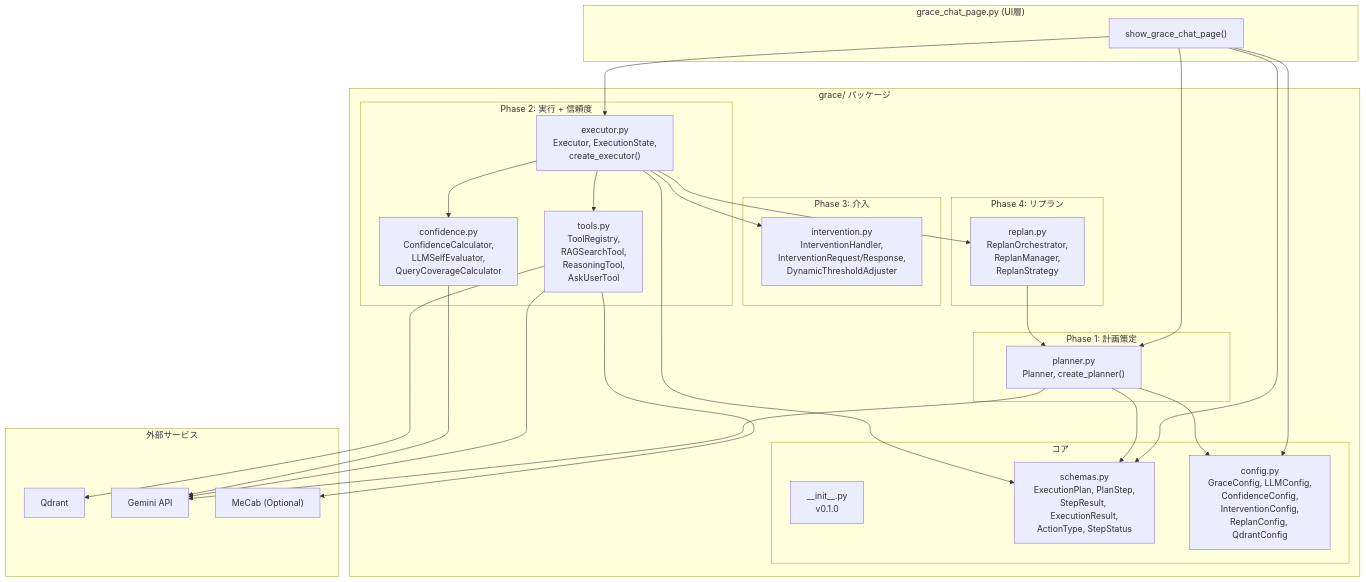
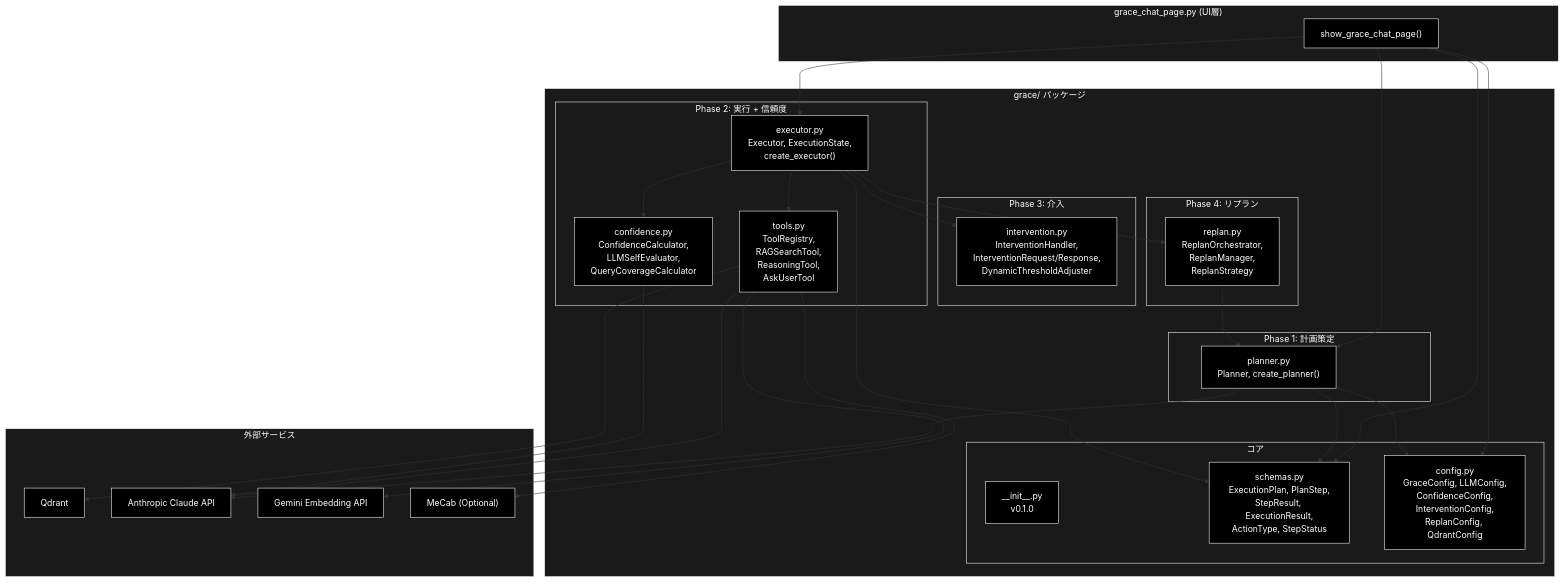
The ninth of 13 diagrams in README.md (nakashima2toshio/anthropic_grace_agent_v2), drawn with Mermaid before and after one commit. The commit also changed other lines of this file and 18 other files, not shown here.

First line of the commit message:
docs: 最新化・再構築（Anthropic Claude統一・索引整理・Mermaid準拠）

````diff
--- a/README.md
+++ b/README.md
@@ -1047,60 +1097,73 @@
 ```mermaid
 flowchart TB
     subgraph UI["grace_chat_page.py (UI層)"]
         Page["show_grace_chat_page()"]
     end
 
     subgraph GracePackage["grace/ パッケージ"]
         subgraph Core["コア"]
             Init["__init__.py<br/>v0.1.0"]
             Schemas["schemas.py<br/>ExecutionPlan, PlanStep,<br/>StepResult, ExecutionResult,<br/>ActionType, StepStatus"]
             Config["config.py<br/>GraceConfig, LLMConfig,<br/>ConfidenceConfig,<br/>InterventionConfig,<br/>ReplanConfig, QdrantConfig"]
         end
 
         subgraph Phase1["Phase 1: 計画策定"]
             PlannerMod["planner.py<br/>Planner, create_planner()"]
         end
 
         subgraph Phase2["Phase 2: 実行 + 信頼度"]
             ExecutorMod["executor.py<br/>Executor, ExecutionState,<br/>create_executor()"]
             ToolsMod["tools.py<br/>ToolRegistry,<br/>RAGSearchTool,<br/>ReasoningTool,<br/>AskUserTool"]
             ConfMod["confidence.py<br/>ConfidenceCalculator,<br/>LLMSelfEvaluator,<br/>QueryCoverageCalculator"]
         end
 
         subgraph Phase3["Phase 3: 介入"]
             IntervMod["intervention.py<br/>InterventionHandler,<br/>InterventionRequest/Response,<br/>DynamicThresholdAdjuster"]
         end
 
         subgraph Phase4["Phase 4: リプラン"]
             ReplanMod["replan.py<br/>ReplanOrchestrator,<br/>ReplanManager,<br/>ReplanStrategy"]
         end
     end
 
     subgraph External["外部サービス"]
         Qdrant["Qdrant"]
-        Gemini["Gemini API"]
+        ClaudeAPI["Anthropic Claude API"]
+        GeminiEmbed["Gemini Embedding API"]
         MeCab["MeCab (Optional)"]
     end
 
     Page --> PlannerMod
     Page --> ExecutorMod
     Page --> Schemas
     Page --> Config
 
     PlannerMod --> Schemas
     PlannerMod --> Config
-    PlannerMod --> Gemini
+    PlannerMod --> ClaudeAPI
 
     ExecutorMod --> ToolsMod
     ExecutorMod --> ConfMod
     ExecutorMod --> IntervMod
     ExecutorMod --> ReplanMod
     ExecutorMod --> Schemas
 
     ToolsMod --> Qdrant
-    ToolsMod --> Gemini
+    ToolsMod --> ClaudeAPI
+    ToolsMod --> GeminiEmbed
     ToolsMod --> MeCab
 
-    ConfMod --> Gemini
+    ConfMod --> ClaudeAPI
     ReplanMod --> PlannerMod
+classDef default fill:#000,stroke:#fff,color:#fff
+classDef subgraphStyle fill:#1a1a1a,stroke:#fff,color:#fff
+class Page,Init,Schemas,Config,PlannerMod,ExecutorMod,ToolsMod,ConfMod,IntervMod,ReplanMod,Qdrant,ClaudeAPI,GeminiEmbed,MeCab default
+style UI fill:#1a1a1a,stroke:#fff,color:#fff
+style GracePackage fill:#1a1a1a,stroke:#fff,color:#fff
+style Core fill:#1a1a1a,stroke:#fff,color:#fff
+style Phase1 fill:#1a1a1a,stroke:#fff,color:#fff
+style Phase2 fill:#1a1a1a,stroke:#fff,color:#fff
+style Phase3 fill:#1a1a1a,stroke:#fff,color:#fff
+style Phase4 fill:#1a1a1a,stroke:#fff,color:#fff
+style External fill:#1a1a1a,stroke:#fff,color:#fff
 ```
````
